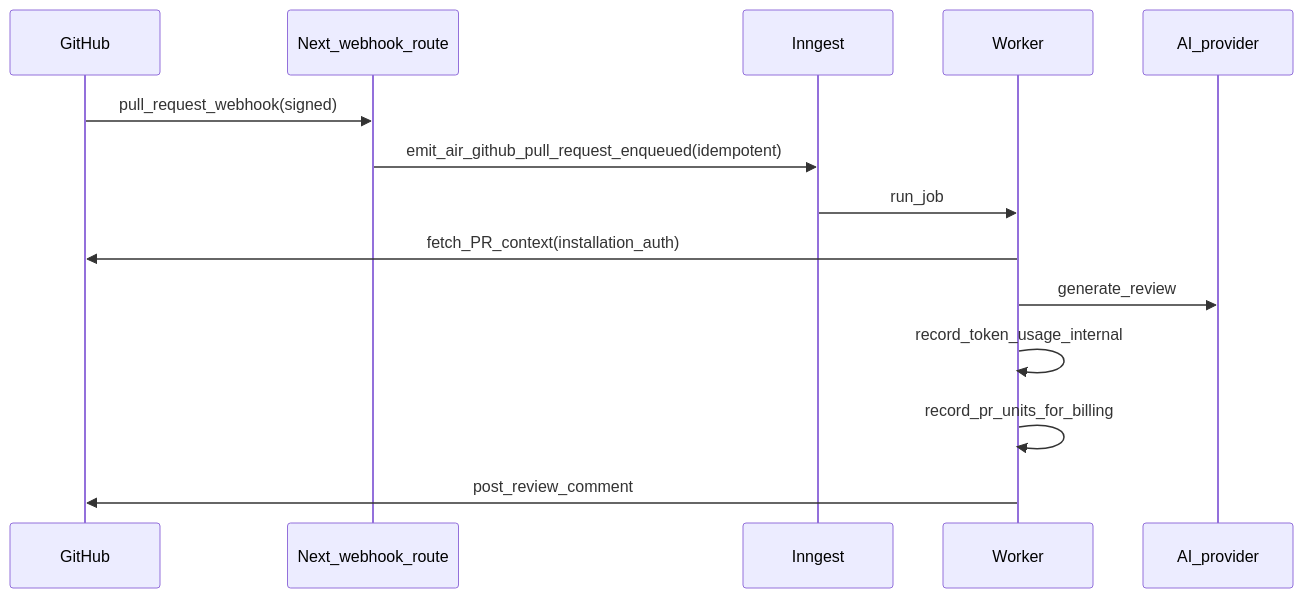
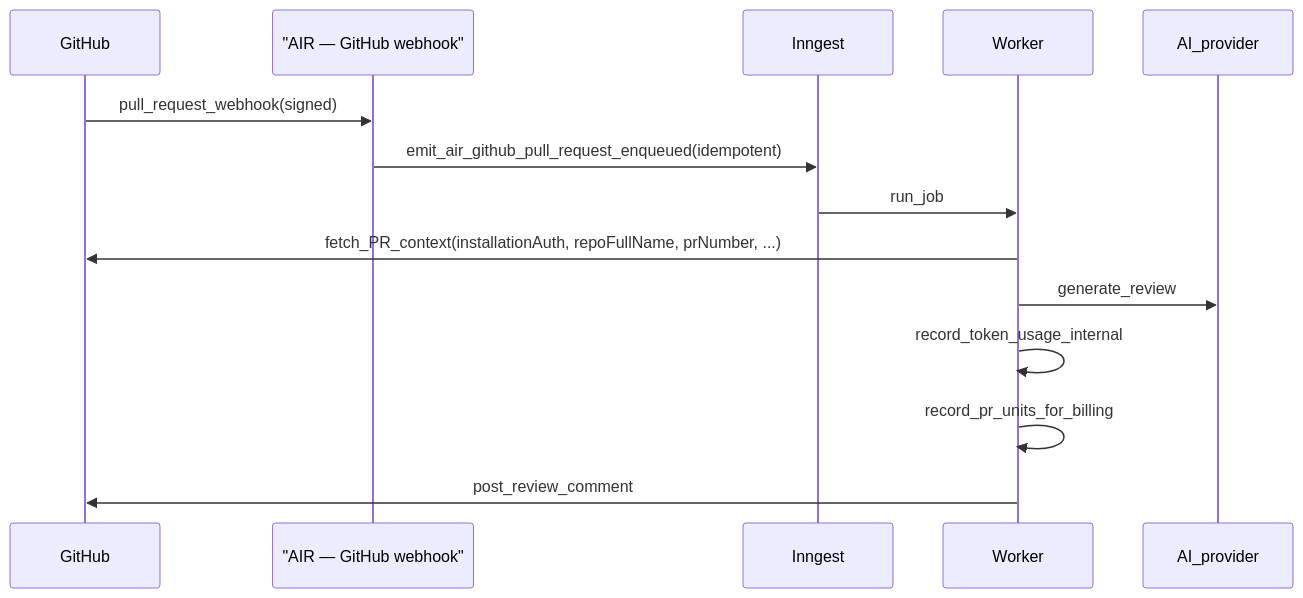
One commit to kworam-self/AIR changed the third of 3 diagrams in docs/system-architecture.md. Above: the diagram before and after it, drawn with Mermaid. The commit also changed other lines of this file and 1 other file, not shown here.

First line of the commit message:
docs: expand system architecture and roadmap alignment

````diff
--- a/docs/system-architecture.md
+++ b/docs/system-architecture.md
@@ -105,17 +124,17 @@
 ```mermaid
 sequenceDiagram
   participant GH as GitHub
-  participant AIR as Next_webhook_route
+  participant AIR as "AIR — GitHub webhook"
   participant ING as Inngest
   participant W as Worker
   participant AI as AI_provider
 
   GH->>AIR: pull_request_webhook(signed)
   AIR->>ING: emit_air_github_pull_request_enqueued(idempotent)
   ING->>W: run_job
-  W->>GH: fetch_PR_context(installation_auth)
+  W->>GH: fetch_PR_context(installationAuth, repoFullName, prNumber, ...)
   W->>AI: generate_review
   W->>W: record_token_usage_internal
   W->>W: record_pr_units_for_billing
   W->>GH: post_review_comment
 ```
````
